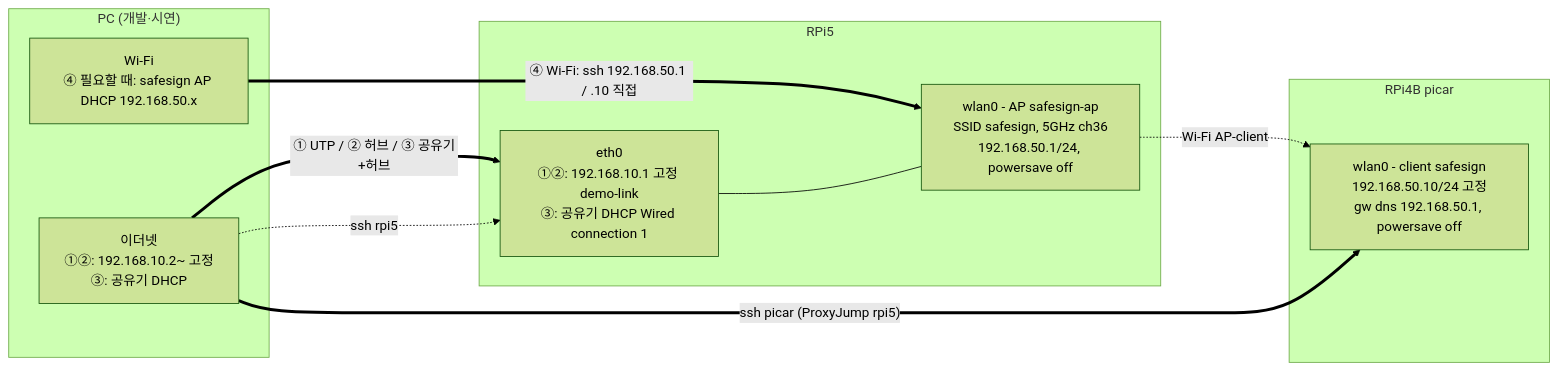
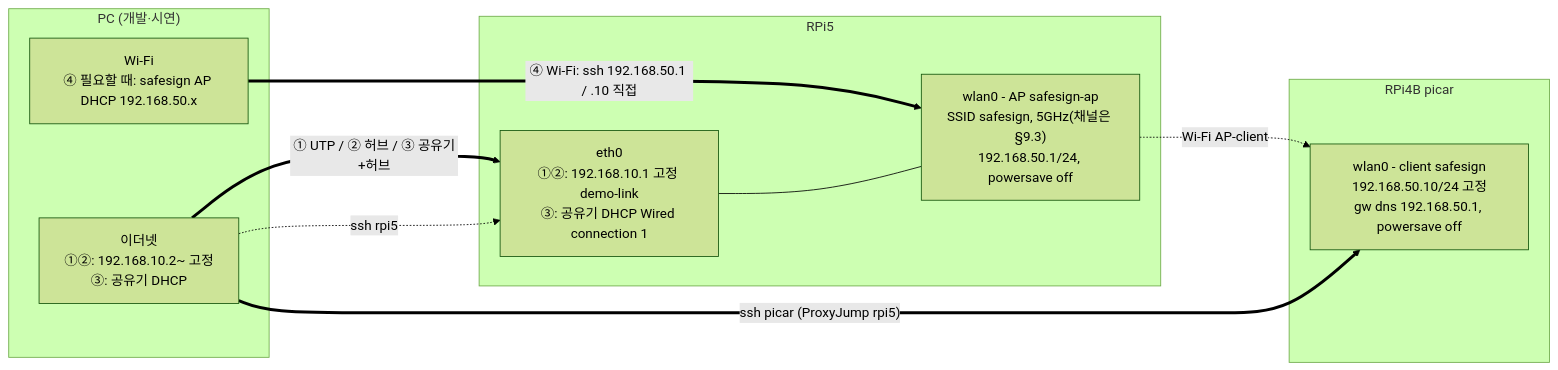
One commit to Lee35678/SafeSign_PhysicalAI changed the diagram in document/07_네트워크설정법.md. Above: the diagram before and after it, drawn with Mermaid (forest theme). The commit also changed other lines of this file and 21 other files, not shown here.

````diff
--- a/document/07_네트워크설정법.md
+++ b/document/07_네트워크설정법.md
@@ -36,23 +37,23 @@
 ```mermaid
 graph LR
     subgraph PC["PC (개발·시연)"]
         PCWIFI["Wi-Fi<br/>④ 필요할 때: safesign AP DHCP 192.168.50.x"]
         PCETH["이더넷<br/>①②: 192.168.10.2~ 고정<br/>③: 공유기 DHCP"]
     end
 
     subgraph RPi5["RPi5"]
         ETH0["eth0<br/>①②: 192.168.10.1 고정 demo-link<br/>③: 공유기 DHCP Wired connection 1"]
-        WLANAP["wlan0 - AP safesign-ap<br/>SSID safesign, 5GHz ch36<br/>192.168.50.1/24, powersave off"]
+        WLANAP["wlan0 - AP safesign-ap<br/>SSID safesign, 5GHz(채널은 §9.3)<br/>192.168.50.1/24, powersave off"]
         ETH0 --- WLANAP
     end
 
     subgraph RPi4B["RPi4B picar"]
         WLANC["wlan0 - client safesign<br/>192.168.50.10/24 고정<br/>gw dns 192.168.50.1, powersave off"]
     end
 
     PCETH ==>|"① UTP / ② 허브 / ③ 공유기+허브"| ETH0
     WLANAP -.->|"Wi-Fi AP-client"| WLANC
     PCWIFI ==>|"④ Wi-Fi: ssh 192.168.50.1 / .10 직접"| WLANAP
     PCETH -.->|"ssh rpi5"| ETH0
     PCETH ==>|"ssh picar (ProxyJump rpi5)"| WLANC
 ```
````
